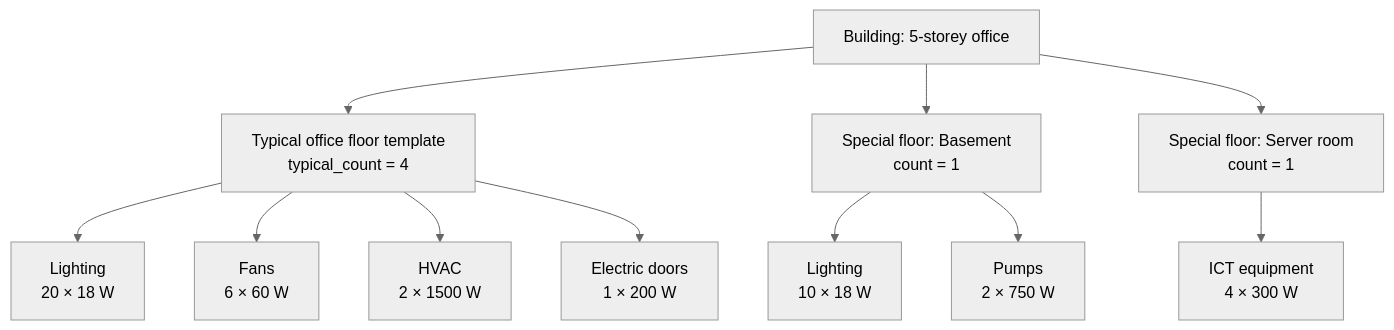
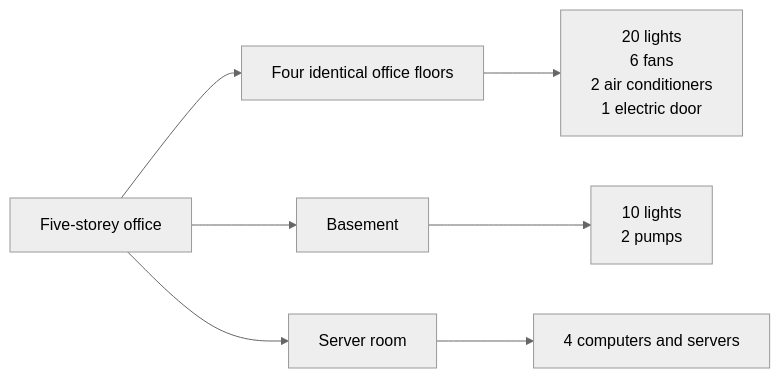
The second of 2 diagrams in docs/simplified-architecture.md (Briankimany/Energy-Audit-App), drawn with Mermaid (neutral theme) before and after one commit. The commit also changed other lines of this file, not shown here.

Commit message:
docs: rewrite simplified architecture in plain English

````diff
--- a/docs/simplified-architecture.md
+++ b/docs/simplified-architecture.md
@@ -76,13 +53,9 @@
 ```mermaid
-flowchart TD
-    B["Building: 5-storey office"] --> T["Typical office floor template<br/>typical_count = 4"]
-    B --> S1["Special floor: Basement<br/>count = 1"]
-    B --> S2["Special floor: Server room<br/>count = 1"]
-    T --> T1["Lighting<br/>20 × 18 W"]
-    T --> T2["Fans<br/>6 × 60 W"]
-    T --> T3["HVAC<br/>2 × 1500 W"]
-    T --> T4["Electric doors<br/>1 × 200 W"]
-    S1 --> S11["Lighting<br/>10 × 18 W"]
-    S1 --> S12["Pumps<br/>2 × 750 W"]
-    S2 --> S21["ICT equipment<br/>4 × 300 W"]
+flowchart LR
+    B["Five-storey office"] --> T["Four identical office floors"]
+    B --> S1["Basement"]
+    B --> S2["Server room"]
+    T --> T1["20 lights<br/>6 fans<br/>2 air conditioners<br/>1 electric door"]
+    S1 --> S11["10 lights<br/>2 pumps"]
+    S2 --> S21["4 computers and servers"]
 ```
````
